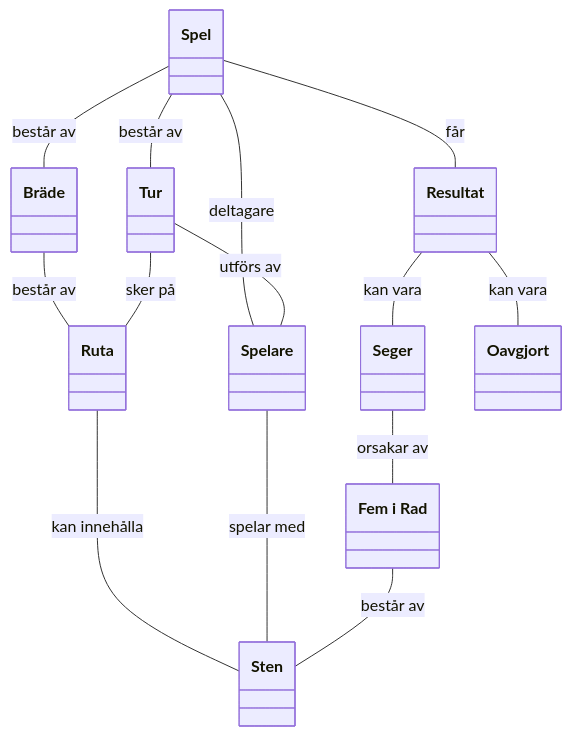
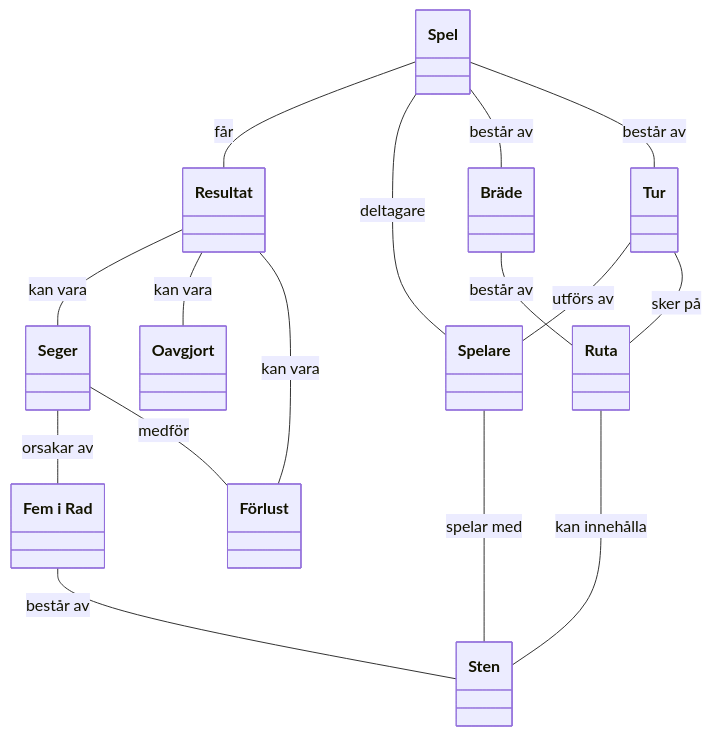
Before and after one commit to Wahlbin/gomokukravgrupp1: the diagram in docs/requirements/05-begreppsmodell.md, drawn with Mermaid. The commit also changed other lines of this file, not shown here.

Commit message:
adding loss to begreppsmodellen

````diff
--- a/docs/requirements/05-begreppsmodell.md
+++ b/docs/requirements/05-begreppsmodell.md
@@ -5,48 +5,53 @@
 ```mermaid
 classDiagram
     direction TB
 
     class Spel {
     }
 
     class Resultat {
     }
 
     class Spelare {
     }
 
     class Bräde {
     }
 
     class Ruta {
     }
 
     class Sten {
     }
 
     class Tur {
     }
 
     class Seger {
     }
 
     class 5iRad["Fem i Rad"] {
     }
 
     class Oavgjort {
     }
 
+    class Förlust {
+    }
+
     Spel -- Resultat : får
     Spel -- Spelare : deltagare
     Spel -- Bräde : består av
     Spel -- Tur : består av
     Bräde -- Ruta : består av
     Ruta -- Sten : kan innehålla
     Tur -- Spelare : utförs av
     Tur -- Ruta : sker på
     Spelare -- Sten : spelar med
     Resultat -- Seger : kan vara
     Resultat -- Oavgjort : kan vara
     Seger -- 5iRad : orsakar av
     5iRad -- Sten : består av
+    Seger -- Förlust : medför
+    Resultat -- Förlust :kan vara
 ```
````
